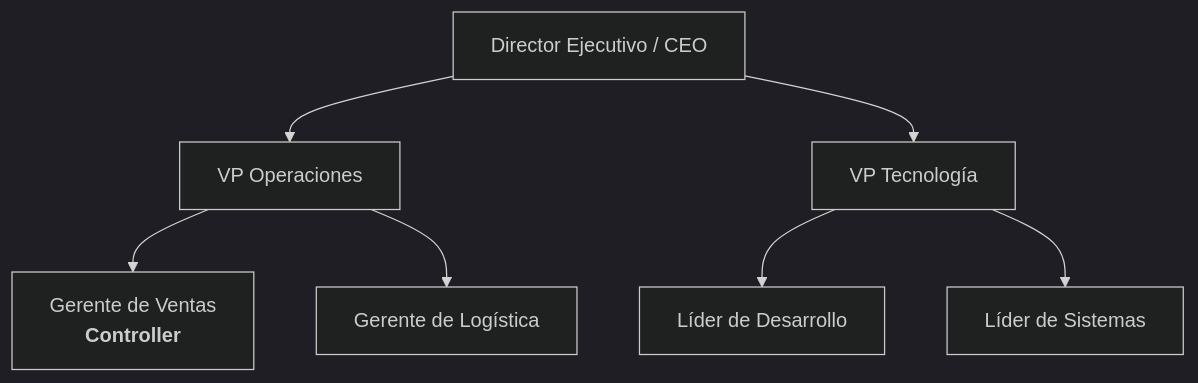
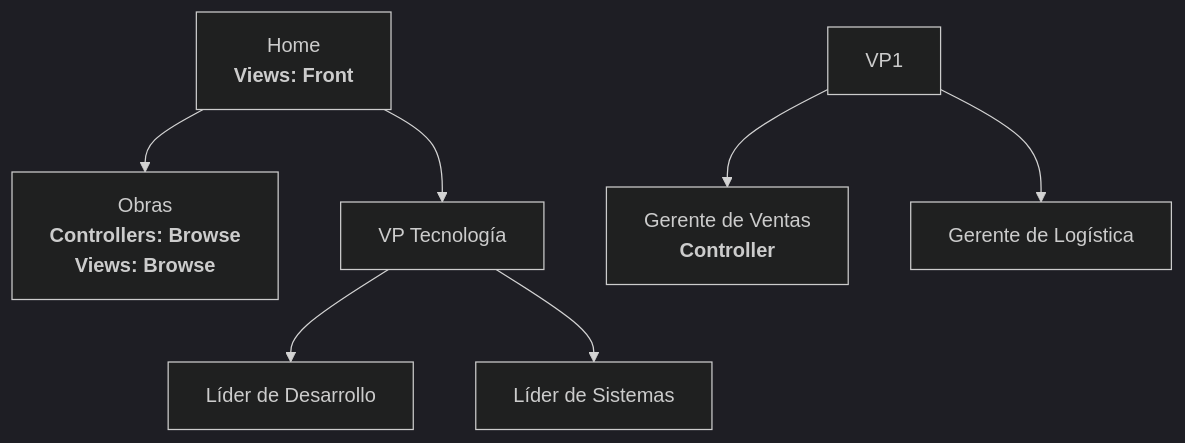
One commit to reynaldocv/macusp changed the diagram in README.md. Above: the diagram before and after it, drawn with Mermaid (dark theme). The commit also changed other lines of this file, not shown here.

````diff
--- a/README.md
+++ b/README.md
@@ -243,11 +247,11 @@
 ```mermaid
 graph TD
-    CEO[Director Ejecutivo / CEO] --> VP1[VP Operaciones]
+    CEO[Home <br><b>Views<b>: Front] --> Works[Obras <br> <b>Controllers<b>: Browse <br> <b>Views<b>: Browse]
     CEO --> VP2[VP Tecnología]
     
     VP1 --> M1[Gerente de Ventas<br><b>Controller</b>]
     VP1 --> M2[Gerente de Logística]
     
     VP2 --> M3[Líder de Desarrollo]
     VP2 --> M4[Líder de Sistemas]
 ```
````
